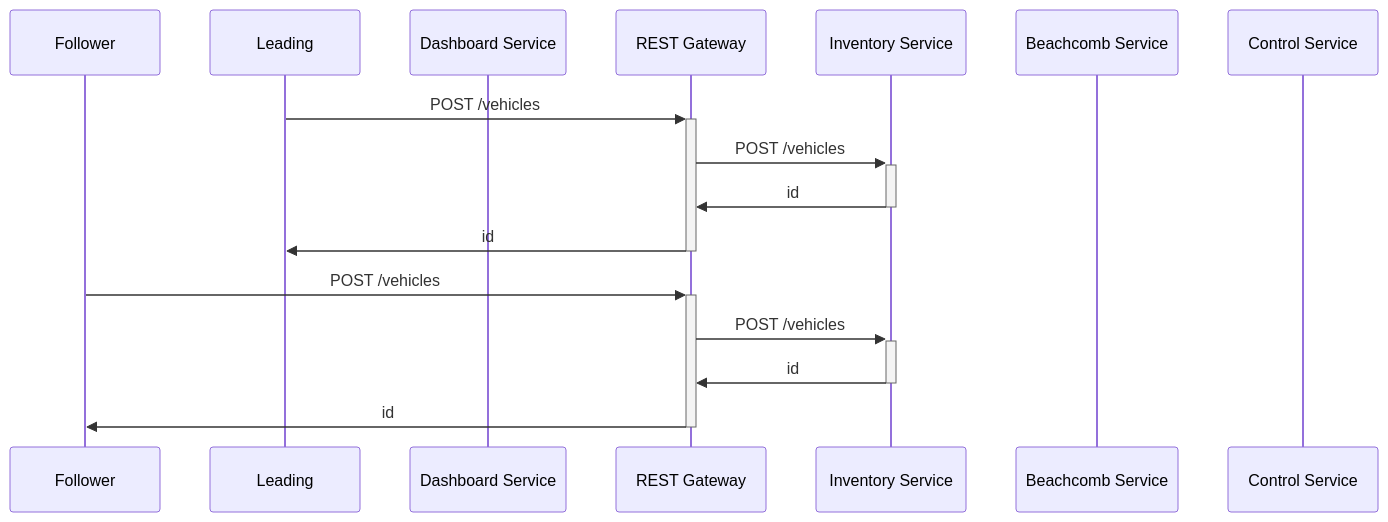
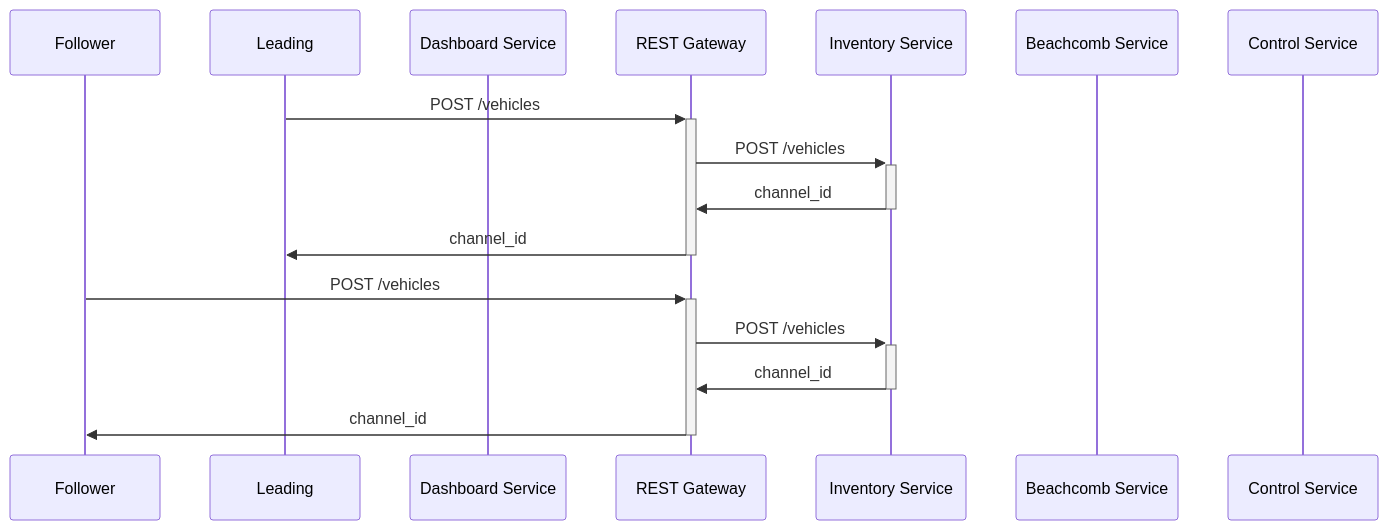
The second of 4 diagrams in README.md (Maustrian3/DSE24), drawn with Mermaid before and after one commit. The commit also changed other lines of this file and 8 other files, not shown here.

````diff
--- a/README.md
+++ b/README.md
@@ -60,18 +60,18 @@
 ```mermaid
 sequenceDiagram
   participant Follower
   participant Leading
   participant Dashboard as Dashboard Service
   participant REST as REST Gateway
   participant Inventory as Inventory Service
   participant Beachcomb as Beachcomb Service
   participant Control as Control Service
   Leading ->>+ REST: POST /vehicles
   REST ->>+ Inventory: POST /vehicles
-  Inventory ->>- REST: id
-  REST ->>- Leading: id
+  Inventory ->>- REST: channel_id
+  REST ->>- Leading: channel_id
   Follower ->>+ REST: POST /vehicles
   REST ->>+ Inventory: POST /vehicles
-  Inventory ->>- REST: id
-  REST ->>- Follower: id
+  Inventory ->>- REST: channel_id
+  REST ->>- Follower: channel_id
 ```
````
